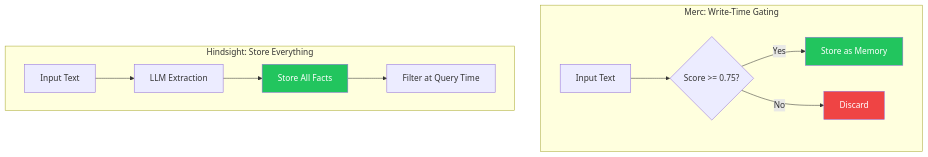
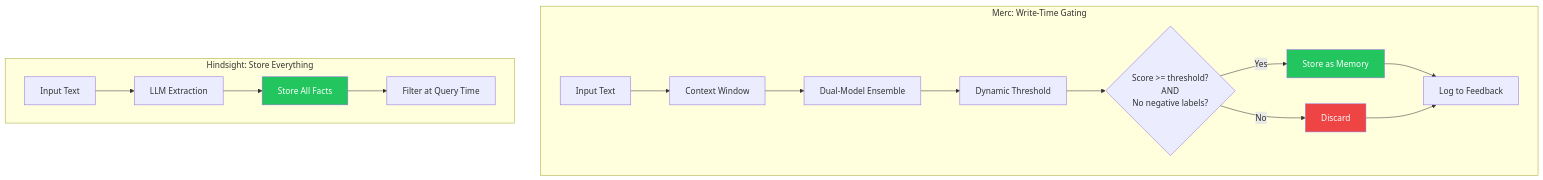
One commit to aacebo/merc changed the first of 4 diagrams in libs/merc-engine/docs/analysis/memory-system-comparison.md. Above: the diagram before and after it, drawn with Mermaid. The commit also changed other lines of this file and 1 other file, not shown here.

````diff
--- a/libs/merc-engine/docs/analysis/memory-system-comparison.md
+++ b/libs/merc-engine/docs/analysis/memory-system-comparison.md
@@ -7,18 +7,23 @@
 ```mermaid
 flowchart TD
     subgraph Merc [Merc: Write-Time Gating]
-        M1[Input Text] --> M2{Score >= 0.75?}
-        M2 -->|Yes| M3[Store as Memory]
-        M2 -->|No| M4[Discard]
+        M1[Input Text] --> M1a[Context Window]
+        M1a --> M2[Dual-Model Ensemble]
+        M2 --> M3[Dynamic Threshold]
+        M3 --> M4{Score >= threshold?<br/>AND<br/>No negative labels?}
+        M4 -->|Yes| M5[Store as Memory]
+        M4 -->|No| M6[Discard]
+        M5 --> M7[Log to Feedback]
+        M6 --> M7
     end
 
     subgraph Hindsight [Hindsight: Store Everything]
         H1[Input Text] --> H2[LLM Extraction]
         H2 --> H3[Store All Facts]
         H3 --> H4[Filter at Query Time]
     end
 
-    style M3 fill:#22c55e,color:#fff
-    style M4 fill:#ef4444,color:#fff
+    style M5 fill:#22c55e,color:#fff
+    style M6 fill:#ef4444,color:#fff
     style H3 fill:#22c55e,color:#fff
 ```
````
